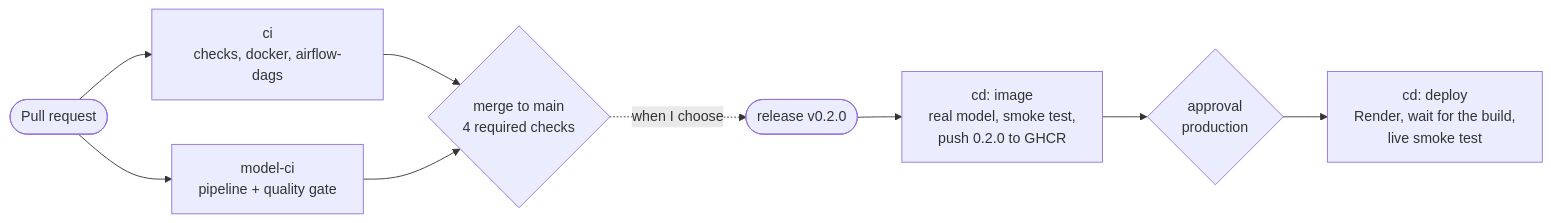
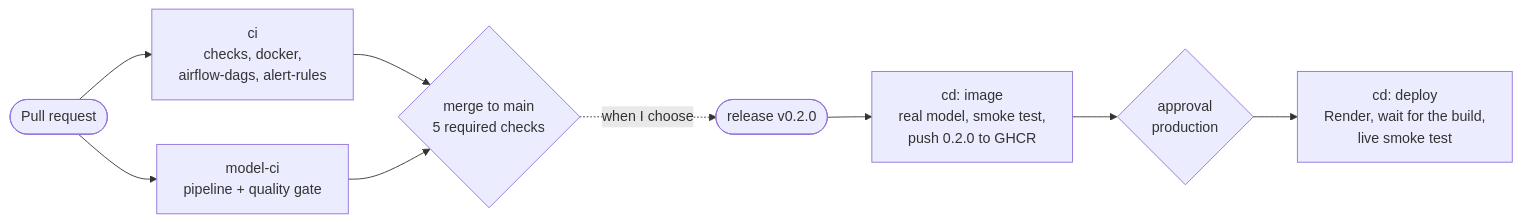
One commit to you-ssef-dan/anomaly-inspector changed the first of 2 diagrams in README.md. Above: the diagram before and after it, drawn with Mermaid. The commit also changed other lines of this file and 7 other files, not shown here.

````diff
--- a/README.md
+++ b/README.md
@@ -425,11 +425,11 @@
 ```mermaid
 flowchart LR
-  pr([Pull request]) --> ci["ci<br/>checks, docker, airflow-dags"]
+  pr([Pull request]) --> ci["ci<br/>checks, docker,<br/>airflow-dags, alert-rules"]
   pr --> mci["model-ci<br/>pipeline + quality gate"]
-  ci --> merge{"merge to main<br/>4 required checks"}
+  ci --> merge{"merge to main<br/>5 required checks"}
   mci --> merge
   merge -.->|when I choose| release(["release v0.2.0"])
   release --> image["cd: image<br/>real model, smoke test,<br/>push 0.2.0 to GHCR"]
   image --> ok{"approval<br/>production"}
   ok --> deploy["cd: deploy<br/>Render, wait for the build,<br/>live smoke test"]
 ```
````
